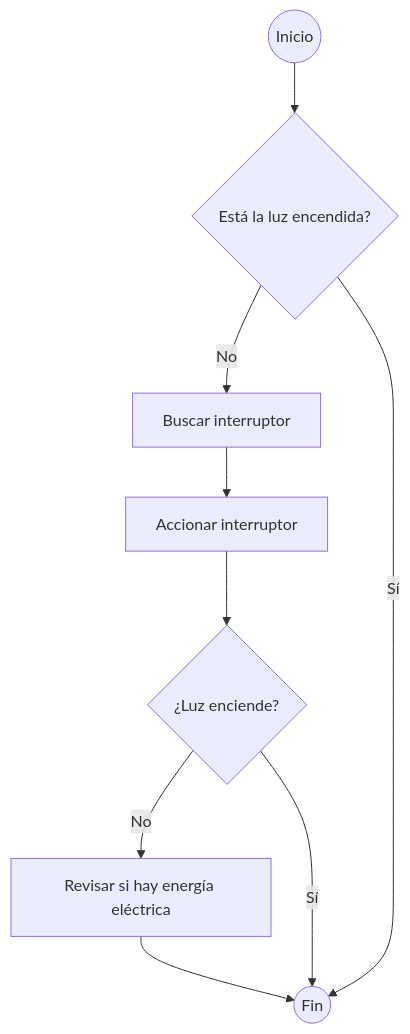
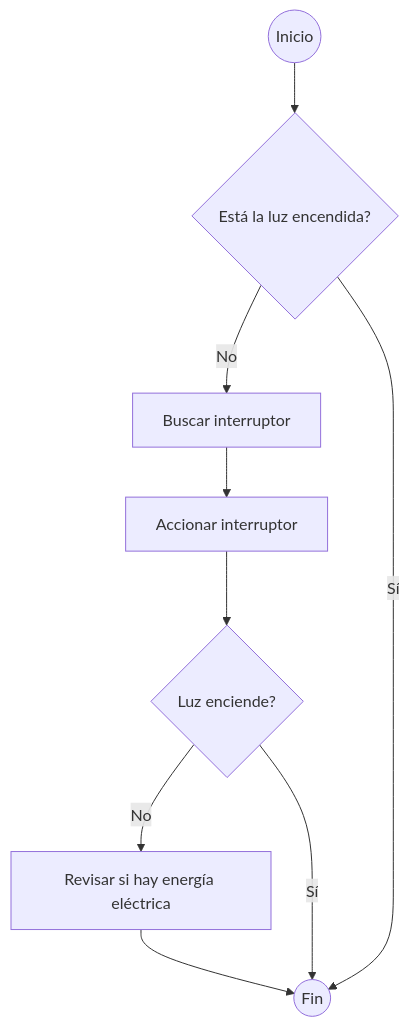
One commit to aleroses/Platzi changed the first of 2 diagrams in DW/1-basico/17.pensamiento-lógico/algoritmos-diagramas-de-flujo/algoritmos-y-diagramas-de-flujo.md. Above: the diagram before and after it, drawn with Mermaid.

````diff
--- a/DW/1-basico/17.pensamiento-lógico/algoritmos-diagramas-de-flujo/algoritmos-y-diagramas-de-flujo.md
+++ b/DW/1-basico/17.pensamiento-lógico/algoritmos-diagramas-de-flujo/algoritmos-y-diagramas-de-flujo.md
@@ -713,19 +713,19 @@
 ```mermaid
 graph TD
 A((Inicio))
 B{Está la luz encendida?}
 C[Buscar interruptor]
 D[Accionar interruptor]
-E{¿Luz enciende?}
+E{Luz enciende?}
 F[Revisar si hay energía eléctrica]
 G((Fin))
 
 A --> B
 B -- No --> C
 C --> D
 D --> E
 E -- No --> F
 F --> G
 E -- Sí --> G
 B -- Sí --> G
 ```
````
